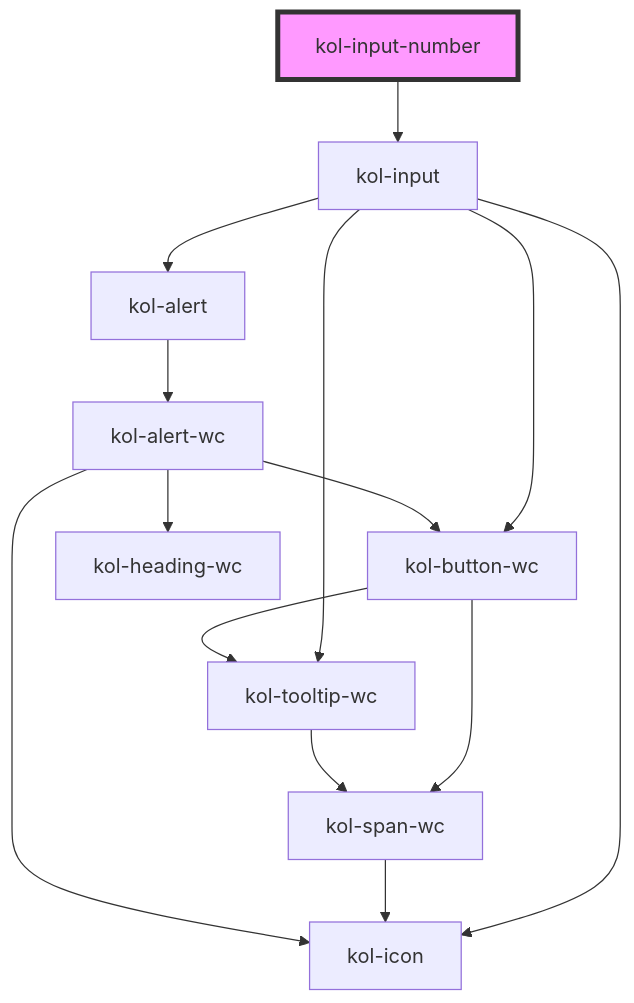
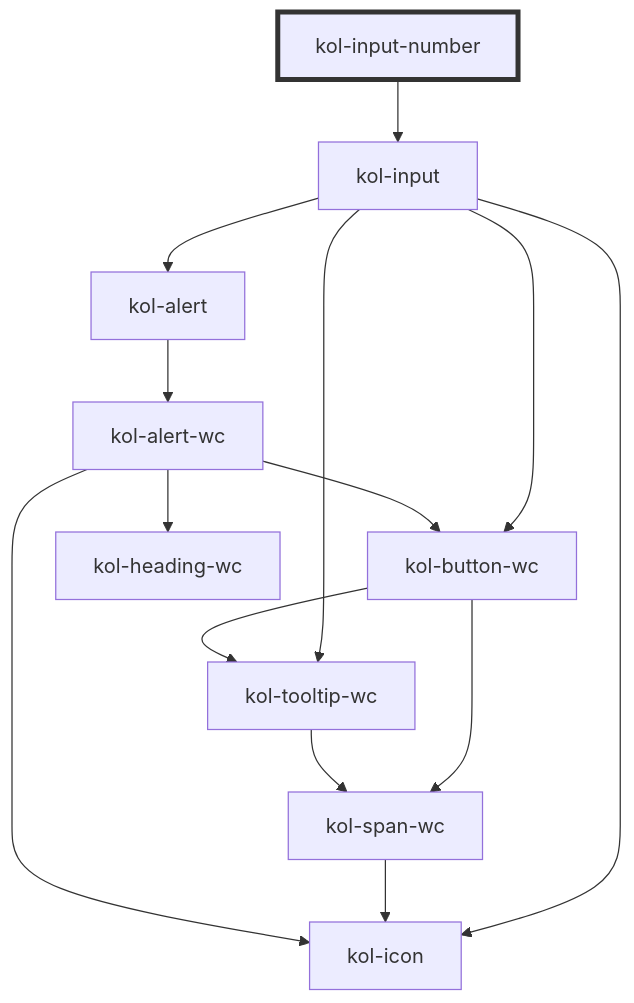
Before and after one commit to public-ui/kolibri: the diagram in packages/components/src/components/input-number/readme.md, drawn with Mermaid. The commit also changed 40 other files, not shown here.

````diff
--- a/packages/components/src/components/input-number/readme.md
+++ b/packages/components/src/components/input-number/readme.md
@@ -88,17 +88,17 @@
 ```mermaid
 graph TD;
   kol-input-number --> kol-input
   kol-input --> kol-icon
   kol-input --> kol-button-wc
   kol-input --> kol-tooltip-wc
   kol-input --> kol-alert
   kol-button-wc --> kol-span-wc
   kol-button-wc --> kol-tooltip-wc
   kol-span-wc --> kol-icon
   kol-tooltip-wc --> kol-span-wc
   kol-alert --> kol-alert-wc
   kol-alert-wc --> kol-heading-wc
   kol-alert-wc --> kol-button-wc
   kol-alert-wc --> kol-icon
-  style kol-input-number fill:#f9f,stroke:#333,stroke-width:4px
+  style kol-input-number stroke:#333,stroke-width:4px
 ```
````
